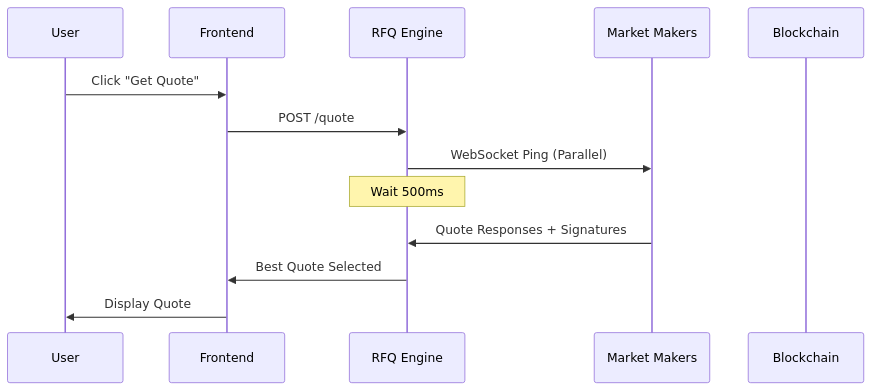
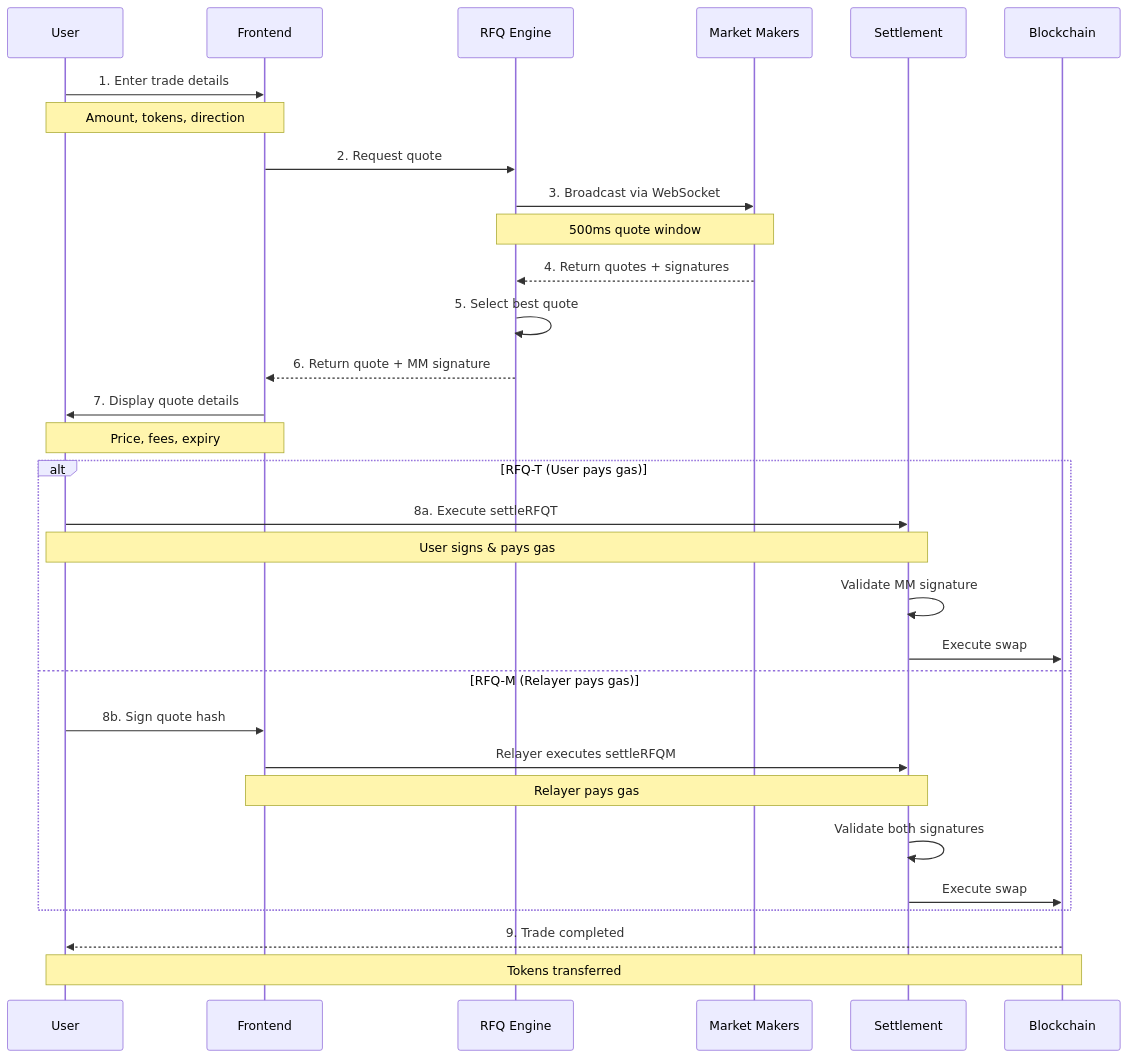
The diagram in introduction/user-flow.mdx (crest-bitcoin/docs), drawn with Mermaid before and after one commit. The commit also changed other lines of this file and 3 other files, not shown here.

````diff
--- a/introduction/user-flow.mdx
+++ b/introduction/user-flow.mdx
@@ -83,18 +10,39 @@
 ```mermaid
 sequenceDiagram
     participant User
     participant Frontend
     participant RFQ Engine
     participant Market Makers
+    participant Settlement
     participant Blockchain
 
-    User->>Frontend: Click "Get Quote"
-    Frontend->>RFQ Engine: POST /quote
+    User->>Frontend: 1. Enter trade details
+    Note over User,Frontend: Amount, tokens, direction
 
-    RFQ Engine->>Market Makers: WebSocket Ping (Parallel)
-    Note over RFQ Engine: Wait 500ms
+    Frontend->>RFQ Engine: 2. Request quote
+    RFQ Engine->>Market Makers: 3. Broadcast via WebSocket
+    Note over RFQ Engine,Market Makers: 500ms quote window
 
-    Market Makers->>RFQ Engine: Quote Responses + Signatures
-    RFQ Engine->>Frontend: Best Quote Selected
-    Frontend->>User: Display Quote
+    Market Makers-->>RFQ Engine: 4. Return quotes + signatures
+    RFQ Engine->>RFQ Engine: 5. Select best quote
+    RFQ Engine-->>Frontend: 6. Return quote + MM signature
+
+    Frontend->>User: 7. Display quote details
+    Note over Frontend,User: Price, fees, expiry
+
+    alt RFQ-T (User pays gas)
+        User->>Settlement: 8a. Execute settleRFQT
+        Note over User,Settlement: User signs & pays gas
+        Settlement->>Settlement: Validate MM signature
+        Settlement->>Blockchain: Execute swap
+    else RFQ-M (Relayer pays gas)
+        User->>Frontend: 8b. Sign quote hash
+        Frontend->>Settlement: Relayer executes settleRFQM
+        Note over Frontend,Settlement: Relayer pays gas
+        Settlement->>Settlement: Validate both signatures
+        Settlement->>Blockchain: Execute swap
+    end
+
+    Blockchain-->>User: 9. Trade completed
+    Note over Blockchain,User: Tokens transferred
 ```
````
